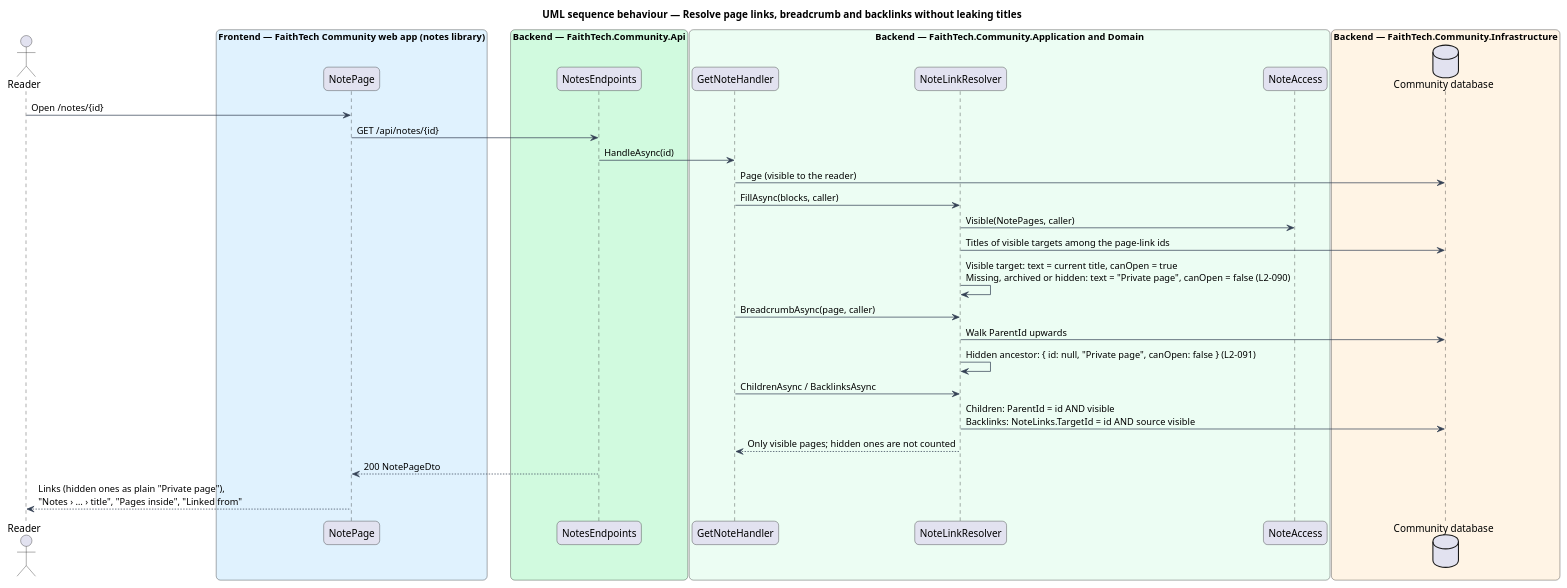
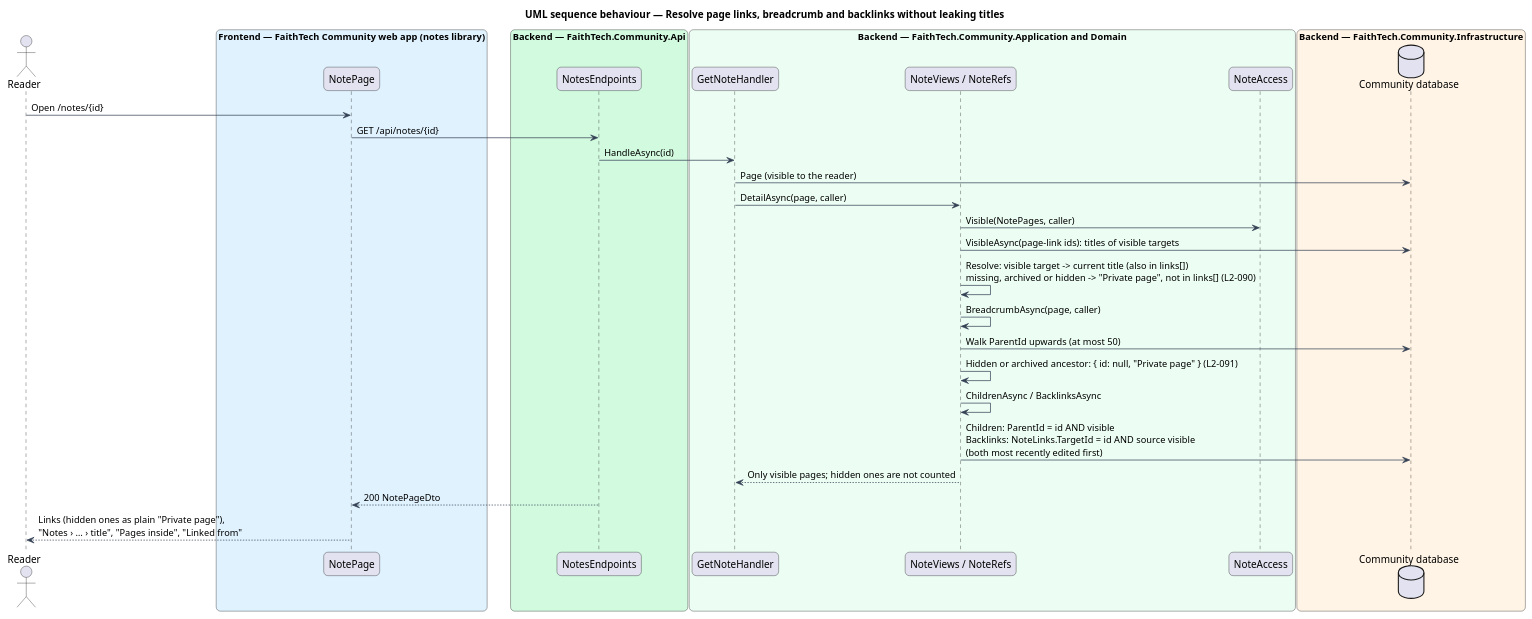
The diagram in docs/detailed-designs/notes/links-and-backlinks/diagrams/sequence-resolve-links.puml (QuinntyneBrown/faithtech-community), drawn with PlantUML before and after one commit. The commit also changed 230 other files, not shown here.

```diff
--- a/docs/detailed-designs/notes/links-and-backlinks/diagrams/sequence-resolve-links.puml
+++ b/docs/detailed-designs/notes/links-and-backlinks/diagrams/sequence-resolve-links.puml
@@ -1,48 +1,48 @@
 @startuml
 title UML sequence behaviour — Resolve page links, breadcrumb and backlinks without leaking titles
 skinparam backgroundColor #FFFFFF
 skinparam shadowing false
 skinparam roundcorner 12
 skinparam defaultFontName Arial
 skinparam ArrowColor #344054
 skinparam rectangle {
   BorderColor #344054
   FontColor #101828
 }
 skinparam package {
   BorderColor #667085
   FontColor #101828
   BackgroundColor #F9FAFB
 }
 actor "Reader" as actor
 box "Frontend — FaithTech Community web app (notes library)" #E0F2FE
   participant "NotePage" as page
 end box
 box "Backend — FaithTech.Community.Api" #D1FADF
   participant "NotesEndpoints" as ep
 end box
 box "Backend — FaithTech.Community.Application and Domain" #ECFDF3
   participant "GetNoteHandler" as h
-  participant "NoteLinkResolver" as r
+  participant "NoteViews / NoteRefs" as r
   participant "NoteAccess" as acc
 end box
 box "Backend — FaithTech.Community.Infrastructure" #FFF4E5
   database "Community database" as db
 end box
 actor -> page : Open /notes/{id}
 page -> ep : GET /api/notes/{id}
 ep -> h : HandleAsync(id)
 h -> db : Page (visible to the reader)
-h -> r : FillAsync(blocks, caller)
+h -> r : DetailAsync(page, caller)
 r -> acc : Visible(NotePages, caller)
-r -> db : Titles of visible targets among the page-link ids
-r -> r : Visible target: text = current title, canOpen = true\nMissing, archived or hidden: text = "Private page", canOpen = false (L2-090)
-h -> r : BreadcrumbAsync(page, caller)
-r -> db : Walk ParentId upwards
-r -> r : Hidden ancestor: { id: null, "Private page", canOpen: false } (L2-091)
-h -> r : ChildrenAsync / BacklinksAsync
-r -> db : Children: ParentId = id AND visible\nBacklinks: NoteLinks.TargetId = id AND source visible
+r -> db : VisibleAsync(page-link ids): titles of visible targets
+r -> r : Resolve: visible target -> current title (also in links[])\nmissing, archived or hidden -> "Private page", not in links[] (L2-090)
+r -> r : BreadcrumbAsync(page, caller)
+r -> db : Walk ParentId upwards (at most 50)
+r -> r : Hidden or archived ancestor: { id: null, "Private page" } (L2-091)
+r -> r : ChildrenAsync / BacklinksAsync
+r -> db : Children: ParentId = id AND visible\nBacklinks: NoteLinks.TargetId = id AND source visible\n(both most recently edited first)
 r --> h : Only visible pages; hidden ones are not counted
 ep --> page : 200 NotePageDto
 page --> actor : Links (hidden ones as plain "Private page"),\n"Notes › … › title", "Pages inside", "Linked from"
 @enduml
```
